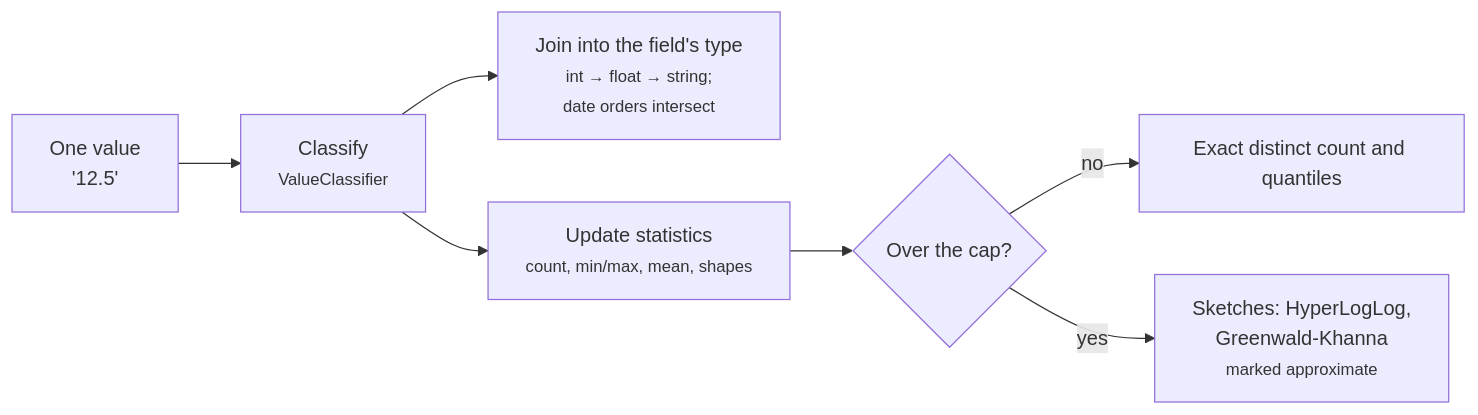
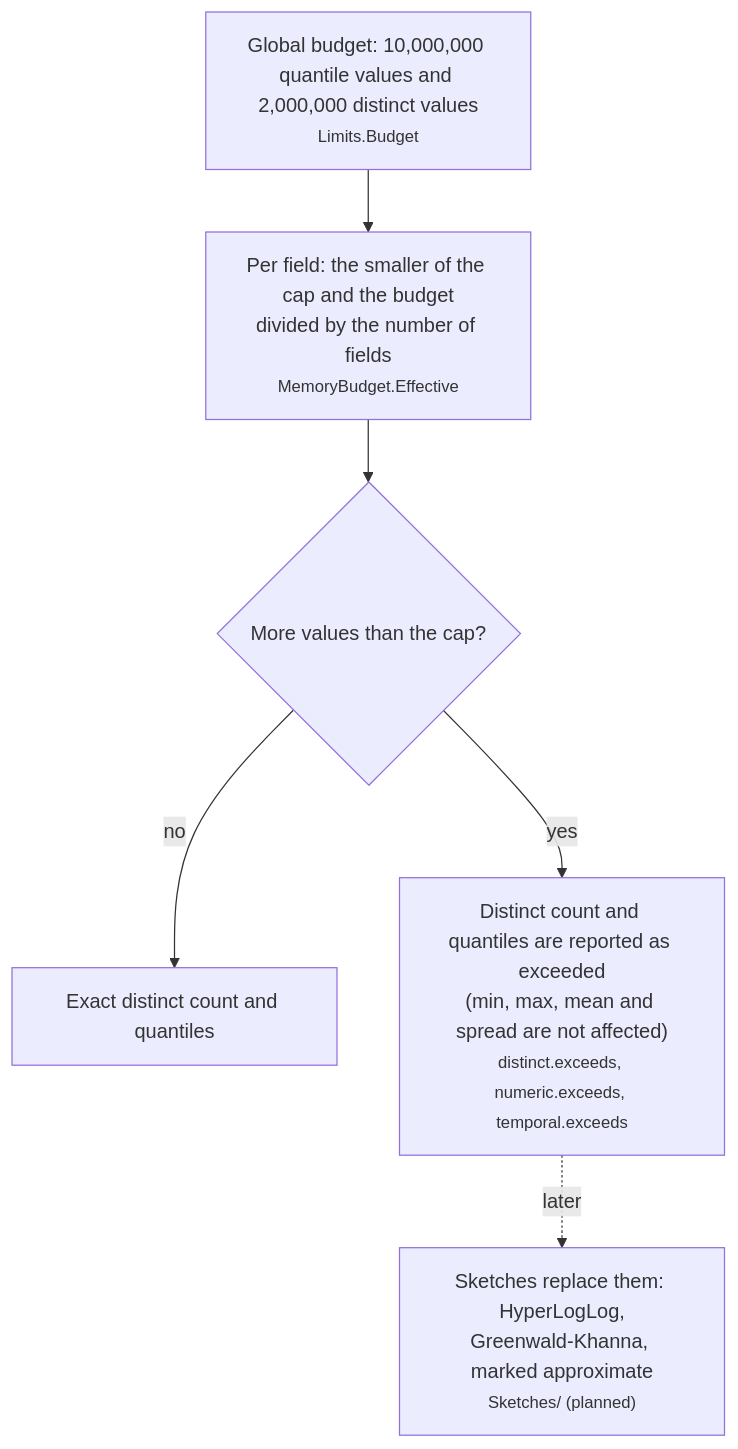
Diagram 12 of 19 in docs/how-it-works.md (squalor-xyz/squalify), drawn with Mermaid before and after one commit. The commit also changed other lines of this file and 45 other files, not shown here.

````diff
--- a/docs/how-it-works.md
+++ b/docs/how-it-works.md
@@ -141,9 +188,8 @@
 ```mermaid
-flowchart LR
-    V["One value<br/>'12.5'"] --> C["Classify<br/><small>ValueClassifier</small>"]
-    C --> T["Join into the field's type<br/><small>int → float → string;<br/>date orders intersect</small>"]
-    C --> St["Update statistics<br/><small>count, min/max, mean, shapes</small>"]
-    St --> X{"Over the cap?"}
+flowchart TD
+    B["Global budget: 10,000,000 quantile values and 2,000,000 distinct values<br/><small>Limits.Budget</small>"] --> P["Per field: the smaller of the cap and the budget<br/>divided by the number of fields<br/><small>MemoryBudget.Effective</small>"]
+    P --> X{"More values than the cap?"}
     X -- "no" --> Exact["Exact distinct count and quantiles"]
-    X -- "yes" --> Sk["Sketches: HyperLogLog,<br/>Greenwald-Khanna<br/><small>marked approximate</small>"]
+    X -- "yes" --> Over["Distinct count and quantiles are reported as exceeded<br/>(min, max, mean and spread are not affected)<br/><small>distinct.exceeds, numeric.exceeds, temporal.exceeds</small>"]
+    Over -. "later" .-> Sk["Sketches replace them: HyperLogLog,<br/>Greenwald-Khanna, marked approximate<br/><small>Sketches/ (planned)</small>"]
 ```
````
